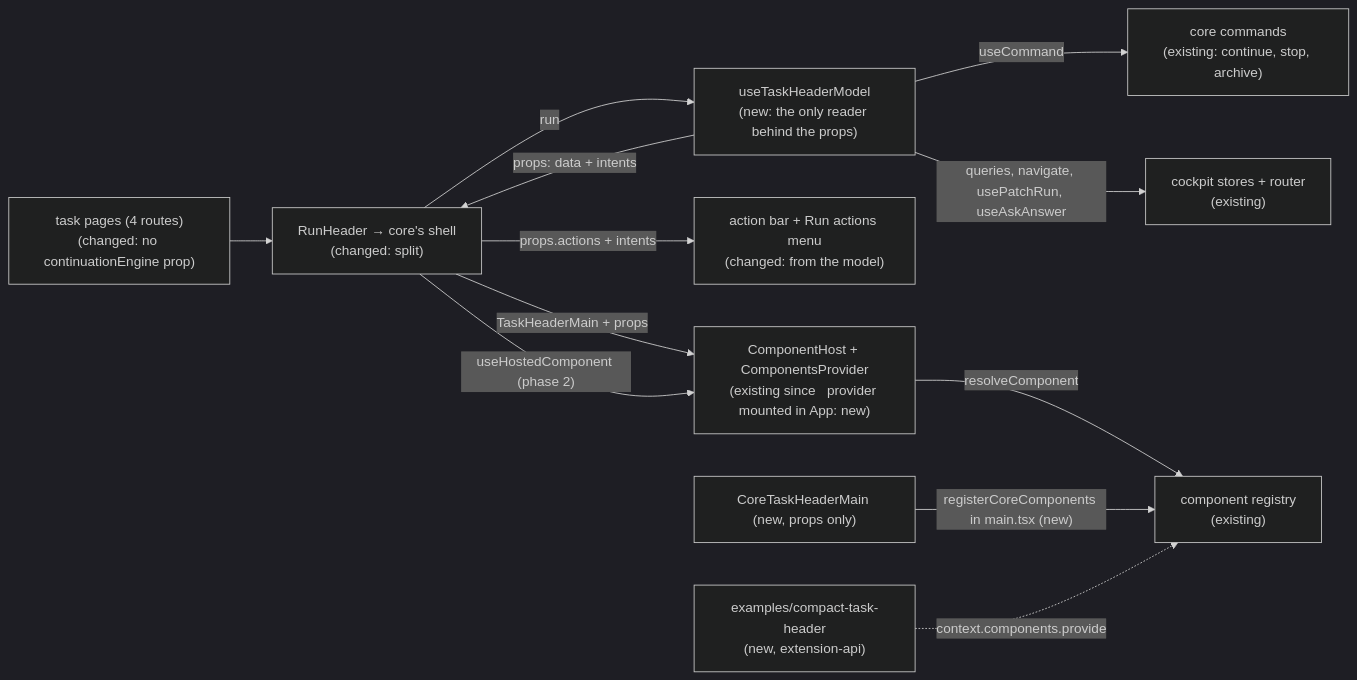
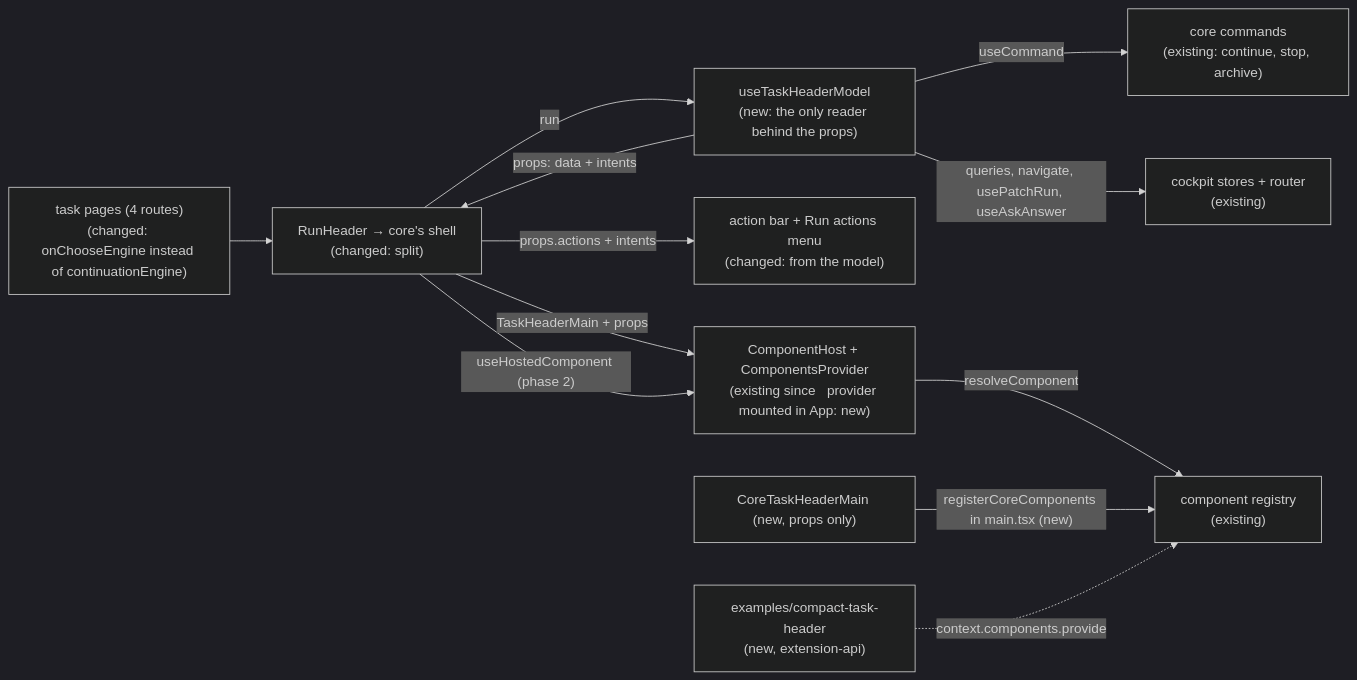
The diagram in .ai/specs/2026-09-19-task-header-contract.md (DarrenStasiakDev4You/cezar-hackathon-ale-patryk-nazywa-go-brutusem), drawn with Mermaid (dark theme) before and after one commit. The commit also changed other lines of this file and 4 other files, not shown here.

````diff
--- a/.ai/specs/2026-09-19-task-header-contract.md
+++ b/.ai/specs/2026-09-19-task-header-contract.md
@@ -175,14 +186,14 @@
 ```mermaid
 flowchart LR
-  page["task pages (4 routes)<br/>(changed: no continuationEngine prop)"] --> shell
+  page["task pages (4 routes)<br/>(changed: onChooseEngine instead of continuationEngine)"] --> shell
   shell["RunHeader → core's shell<br/>(changed: split)"] -->|"run"| model
   model["useTaskHeaderModel<br/>(new: the only reader behind the props)"] -->|"useCommand"| cmds["core commands<br/>(existing: continue, stop, archive)"]
   model -->|"queries, navigate, usePatchRun, useAskAnswer"| core["cockpit stores + router<br/>(existing)"]
   model -->|"props: data + intents"| shell
   shell -->|"props.actions + intents"| bar["action bar + Run actions menu<br/>(changed: from the model)"]
   shell -->|"TaskHeaderMain + props"| host["ComponentHost + ComponentsProvider<br/>(existing since #32; provider mounted in App: new)"]
   shell -->|"useHostedComponent (phase 2)"| host
   host -->|"resolveComponent"| reg["component registry<br/>(existing)"]
   coredef["CoreTaskHeaderMain (new, props only)"] -->|"registerCoreComponents in main.tsx (new)"| reg
   example["examples/compact-task-header<br/>(new, extension-api)"] -.->|"context.components.provide"| reg
 ```
````
